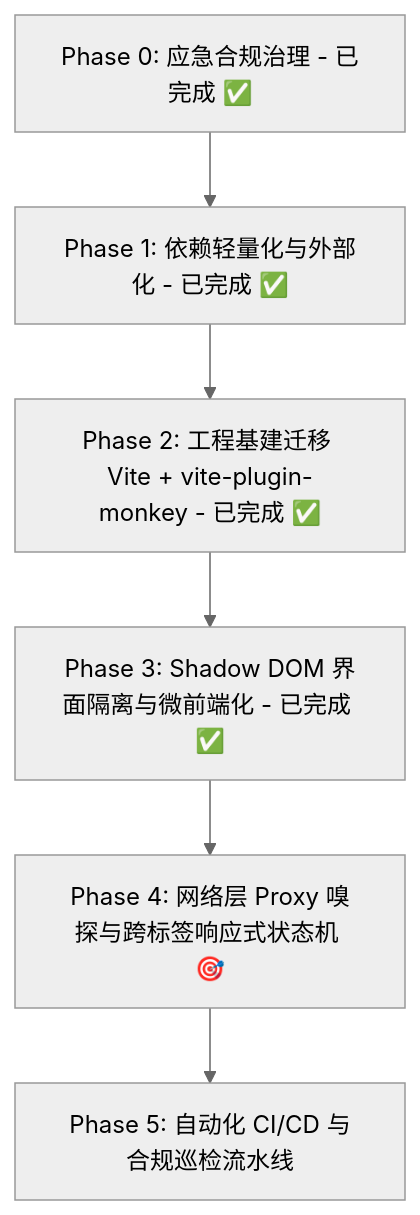
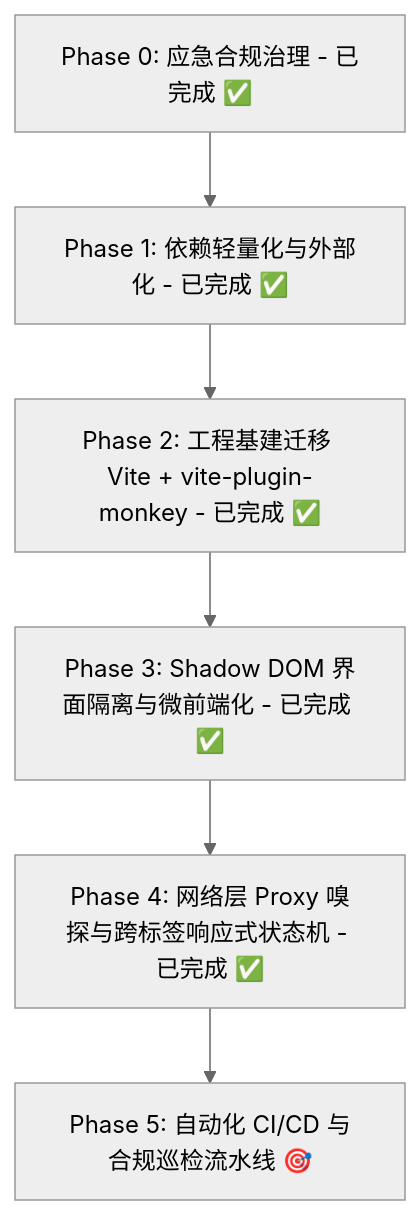
Before and after one commit to Chris-C1108/Miss_Player: the diagram in TODO.md, drawn with Mermaid (neutral theme). The commit also changed other lines of this file and 13 other files, not shown here.

````diff
--- a/TODO.md
+++ b/TODO.md
@@ -9,8 +9,8 @@
 ```mermaid
 flowchart TD
     P0[Phase 0: 应急合规治理 - 已完成 ✅] --> P1[Phase 1: 依赖轻量化与外部化 - 已完成 ✅]
     P1 --> P2[Phase 2: 工程基建迁移 Vite + vite-plugin-monkey - 已完成 ✅]
     P2 --> P3[Phase 3: Shadow DOM 界面隔离与微前端化 - 已完成 ✅]
-    P3 --> P4[Phase 4: 网络层 Proxy 嗅探与跨标签响应式状态机 🎯]
-    P4 --> P5[Phase 5: 自动化 CI/CD 与合规巡检流水线]
+    P3 --> P4[Phase 4: 网络层 Proxy 嗅探与跨标签响应式状态机 - 已完成 ✅]
+    P4 --> P5[Phase 5: 自动化 CI/CD 与合规巡检流水线 🎯]
 ```
````
